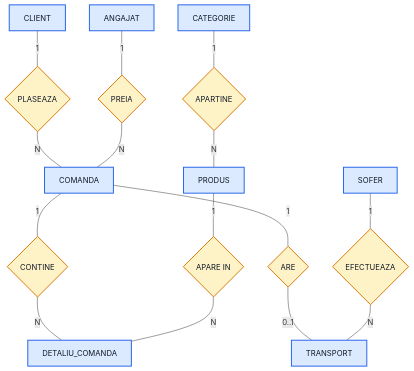
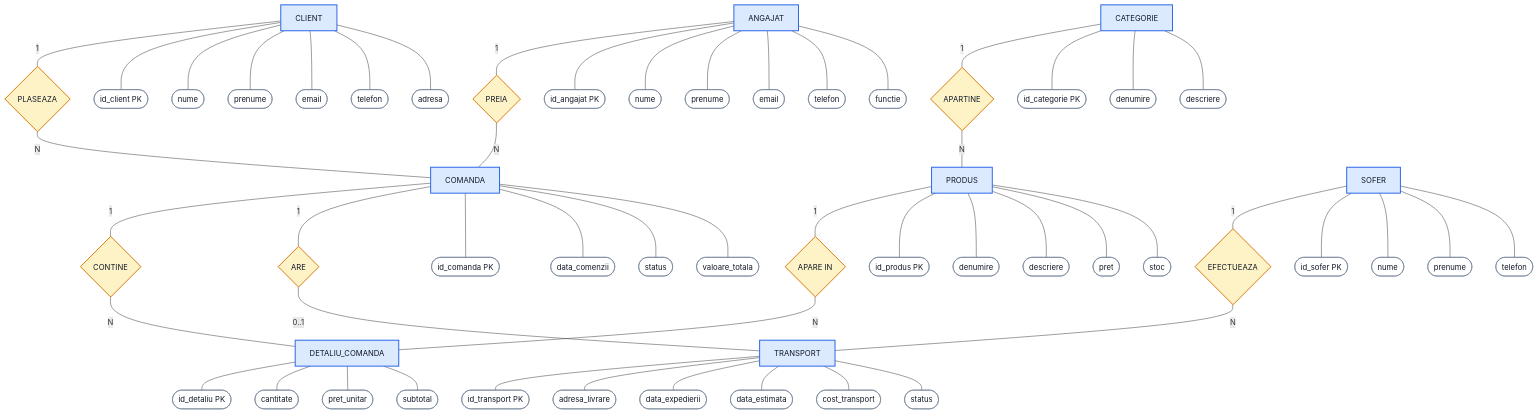
One commit to davidpetrehus/proiect-PBD changed the diagram in db/diagrams/model_conceptual.md. Above: the diagram before and after it, drawn with Mermaid.

Commit message:
Add attributes to conceptual model diagram

````diff
--- a/db/diagrams/model_conceptual.md
+++ b/db/diagrams/model_conceptual.md
@@ -4,4 +4,5 @@
 ```mermaid
+
 
 flowchart TB
     CLIENT["CLIENT"]
@@ -23,29 +24,71 @@
 
     CLIENT ---|"1"| R1
     R1 ---|"N"| COMANDA
-
     ANGAJAT ---|"1"| R2
     R2 ---|"N"| COMANDA
-
     COMANDA ---|"1"| R3
     R3 ---|"N"| DETALIU
-
     PRODUS ---|"1"| R4
     R4 ---|"N"| DETALIU
-
     CATEGORIE ---|"1"| R5
     R5 ---|"N"| PRODUS
-
     COMANDA ---|"1"| R6
     R6 ---|"0..1"| TRANSPORT
-
     SOFER ---|"1"| R7
     R7 ---|"N"| TRANSPORT
 
+    CLIENT --- C1(["id_client PK"])
+    CLIENT --- C2(["nume"])
+    CLIENT --- C3(["prenume"])
+    CLIENT --- C4(["email"])
+    CLIENT --- C5(["telefon"])
+    CLIENT --- C6(["adresa"])
+
+    ANGAJAT --- A1(["id_angajat PK"])
+    ANGAJAT --- A2(["nume"])
+    ANGAJAT --- A3(["prenume"])
+    ANGAJAT --- A4(["email"])
+    ANGAJAT --- A5(["telefon"])
+    ANGAJAT --- A6(["functie"])
+
+    COMANDA --- CO1(["id_comanda PK"])
+    COMANDA --- CO2(["data_comenzii"])
+    COMANDA --- CO3(["status"])
+    COMANDA --- CO4(["valoare_totala"])
+
+    PRODUS --- P1(["id_produs PK"])
+    PRODUS --- P2(["denumire"])
+    PRODUS --- P3(["descriere"])
+    PRODUS --- P4(["pret"])
+    PRODUS --- P5(["stoc"])
+
+    CATEGORIE --- CA1(["id_categorie PK"])
+    CATEGORIE --- CA2(["denumire"])
+    CATEGORIE --- CA3(["descriere"])
+
+    DETALIU --- D1(["id_detaliu PK"])
+    DETALIU --- D2(["cantitate"])
+    DETALIU --- D3(["pret_unitar"])
+    DETALIU --- D4(["subtotal"])
+
+    TRANSPORT --- T1(["id_transport PK"])
+    TRANSPORT --- T2(["adresa_livrare"])
+    TRANSPORT --- T3(["data_expedierii"])
+    TRANSPORT --- T4(["data_estimata"])
+    TRANSPORT --- T5(["cost_transport"])
+    TRANSPORT --- T6(["status"])
+
+    SOFER --- S1(["id_sofer PK"])
+    SOFER --- S2(["nume"])
+    SOFER --- S3(["prenume"])
+    SOFER --- S4(["telefon"])
+
     classDef entity fill:#dbeafe,stroke:#2563eb,color:#111827,stroke-width:2px
     classDef relation fill:#fef3c7,stroke:#d97706,color:#111827,stroke-width:2px
+    classDef attribute fill:#ffffff,stroke:#64748b,color:#111827
 
     class CLIENT,ANGAJAT,COMANDA,PRODUS,CATEGORIE,DETALIU,TRANSPORT,SOFER entity
     class R1,R2,R3,R4,R5,R6,R7 relation
+    class C1,C2,C3,C4,C5,C6,A1,A2,A3,A4,A5,A6,CO1,CO2,CO3,CO4,P1,P2,P3,P4,P5,CA1,CA2,CA3,D1,D2,D3,D4,T1,T2,T3,T4,T5,T6,S1,S2,S3,S4 attribute
 
 ```
````
